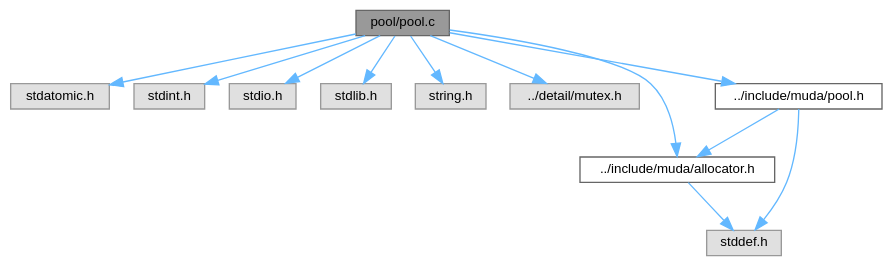
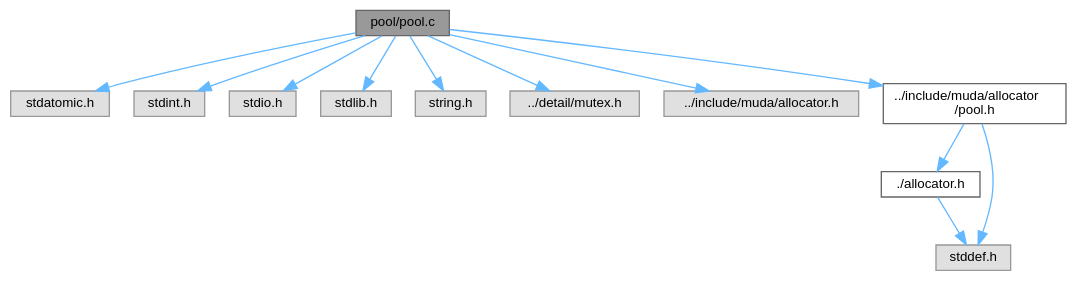
Before and after one commit to segfreak/muda: the diagram in docs/d1/daf/pool_8c__incl.dot, drawn with Graphviz. The commit also changed 122 other files, not shown here.

```diff
--- a/docs/d1/daf/pool_8c__incl.dot
+++ b/docs/d1/daf/pool_8c__incl.dot
@@ -1,28 +1,29 @@
 digraph "pool/pool.c"
 {
  // LATEX_PDF_SIZE
   bgcolor="transparent";
   edge [fontname=Helvetica,fontsize=10,labelfontname=Helvetica,labelfontsize=10];
   node [fontname=Helvetica,fontsize=10,shape=box,height=0.2,width=0.4];
   Node1 [id="Node000001",label="pool/pool.c",height=0.2,width=0.4,color="gray40", fillcolor="grey60", style="filled", fontcolor="black",tooltip=" "];
   Node1 -> Node2 [id="edge1_Node000001_Node000002",color="steelblue1",style="solid",tooltip=" "];
   Node2 [id="Node000002",label="stdatomic.h",height=0.2,width=0.4,color="grey60", fillcolor="#E0E0E0", style="filled",tooltip=" "];
   Node1 -> Node3 [id="edge2_Node000001_Node000003",color="steelblue1",style="solid",tooltip=" "];
   Node3 [id="Node000003",label="stdint.h",height=0.2,width=0.4,color="grey60", fillcolor="#E0E0E0", style="filled",tooltip=" "];
   Node1 -> Node4 [id="edge3_Node000001_Node000004",color="steelblue1",style="solid",tooltip=" "];
   Node4 [id="Node000004",label="stdio.h",height=0.2,width=0.4,color="grey60", fillcolor="#E0E0E0", style="filled",tooltip=" "];
   Node1 -> Node5 [id="edge4_Node000001_Node000005",color="steelblue1",style="solid",tooltip=" "];
   Node5 [id="Node000005",label="stdlib.h",height=0.2,width=0.4,color="grey60", fillcolor="#E0E0E0", style="filled",tooltip=" "];
   Node1 -> Node6 [id="edge5_Node000001_Node000006",color="steelblue1",style="solid",tooltip=" "];
   Node6 [id="Node000006",label="string.h",height=0.2,width=0.4,color="grey60", fillcolor="#E0E0E0", style="filled",tooltip=" "];
   Node1 -> Node7 [id="edge6_Node000001_Node000007",color="steelblue1",style="solid",tooltip=" "];
   Node7 [id="Node000007",label="../detail/mutex.h",height=0.2,width=0.4,color="grey60", fillcolor="#E0E0E0", style="filled",tooltip=" "];
   Node1 -> Node8 [id="edge7_Node000001_Node000008",color="steelblue1",style="solid",tooltip=" "];
-  Node8 [id="Node000008",label="../include/muda/allocator.h",height=0.2,width=0.4,color="grey40", fillcolor="white", style="filled",URL="$da/da9/allocator_8h.html",tooltip="Custom allocator function type definitions for MUDA."];
-  Node8 -> Node9 [id="edge8_Node000008_Node000009",color="steelblue1",style="solid",tooltip=" "];
-  Node9 [id="Node000009",label="stddef.h",height=0.2,width=0.4,color="grey60", fillcolor="#E0E0E0", style="filled",tooltip=" "];
-  Node1 -> Node10 [id="edge9_Node000001_Node000010",color="steelblue1",style="solid",tooltip=" "];
-  Node10 [id="Node000010",label="../include/muda/pool.h",height=0.2,width=0.4,color="grey40", fillcolor="white", style="filled",URL="$db/db7/pool_8h.html",tooltip="Fixed-size block memory pool allocator."];
-  Node10 -> Node8 [id="edge10_Node000010_Node000008",color="steelblue1",style="solid",tooltip=" "];
-  Node10 -> Node9 [id="edge11_Node000010_Node000009",color="steelblue1",style="solid",tooltip=" "];
+  Node8 [id="Node000008",label="../include/muda/allocator.h",height=0.2,width=0.4,color="grey60", fillcolor="#E0E0E0", style="filled",tooltip=" "];
+  Node1 -> Node9 [id="edge8_Node000001_Node000009",color="steelblue1",style="solid",tooltip=" "];
+  Node9 [id="Node000009",label="../include/muda/allocator\l/pool.h",height=0.2,width=0.4,color="grey40", fillcolor="white", style="filled",URL="$db/db7/pool_8h.html",tooltip="Fixed-size block memory pool allocator."];
+  Node9 -> Node10 [id="edge9_Node000009_Node000010",color="steelblue1",style="solid",tooltip=" "];
+  Node10 [id="Node000010",label="./allocator.h",height=0.2,width=0.4,color="grey40", fillcolor="white", style="filled",URL="$da/da9/allocator_8h.html",tooltip="Custom allocator function type definitions for MUDA."];
+  Node10 -> Node11 [id="edge10_Node000010_Node000011",color="steelblue1",style="solid",tooltip=" "];
+  Node11 [id="Node000011",label="stddef.h",height=0.2,width=0.4,color="grey60", fillcolor="#E0E0E0", style="filled",tooltip=" "];
+  Node9 -> Node11 [id="edge11_Node000009_Node000011",color="steelblue1",style="solid",tooltip=" "];
 }
```
